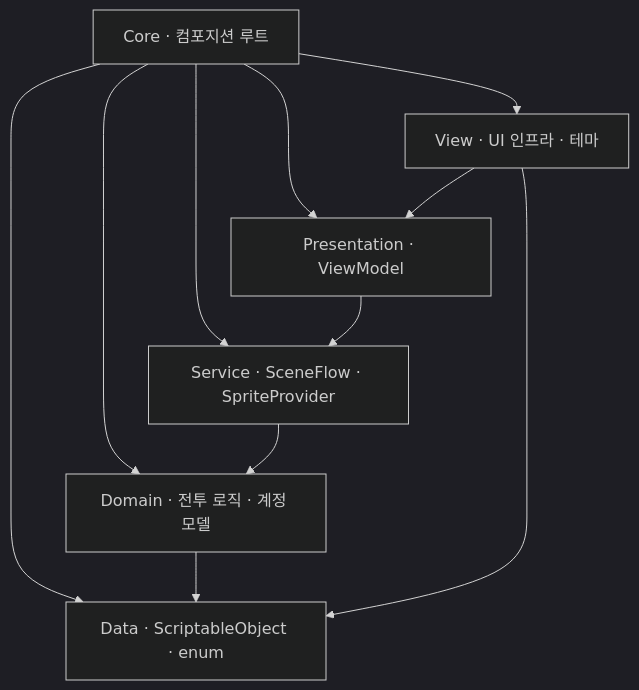
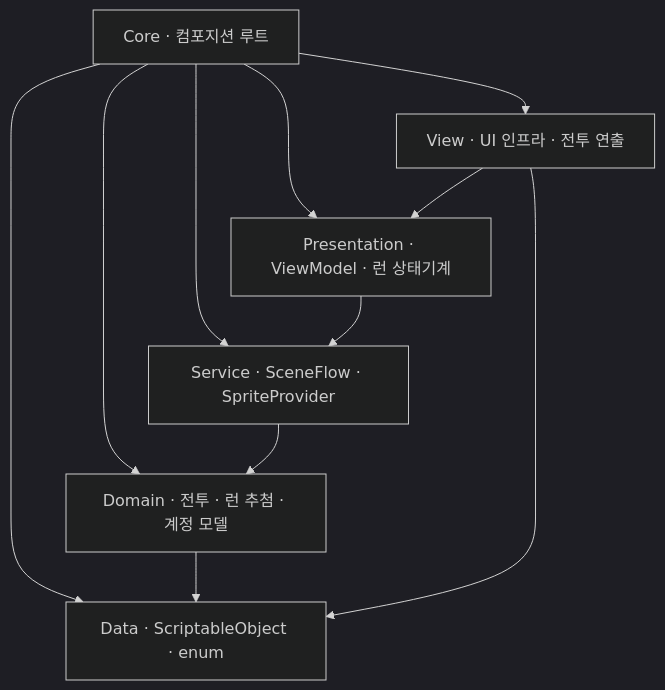
The diagram in README.md (Gunheui/Project-Eclipse), drawn with Mermaid (dark theme) before and after one commit. The commit also changed other lines of this file and 13 other files, not shown here.

````diff
--- a/README.md
+++ b/README.md
@@ -45,13 +61,13 @@
 ```mermaid
 flowchart TD
     Core["Core · 컴포지션 루트"]
-    View["View · UI 인프라 · 테마"]
-    Presentation["Presentation · ViewModel"]
+    View["View · UI 인프라 · 전투 연출"]
+    Presentation["Presentation · ViewModel · 런 상태기계"]
     Service["Service · SceneFlow · SpriteProvider"]
-    Domain["Domain · 전투 로직 · 계정 모델"]
+    Domain["Domain · 전투 · 런 추첨 · 계정 모델"]
     Data["Data · ScriptableObject · enum"]
 
     Core --> View & Presentation & Service & Domain & Data
     View --> Presentation --> Service --> Domain --> Data
     View --> Data
 ```
````
